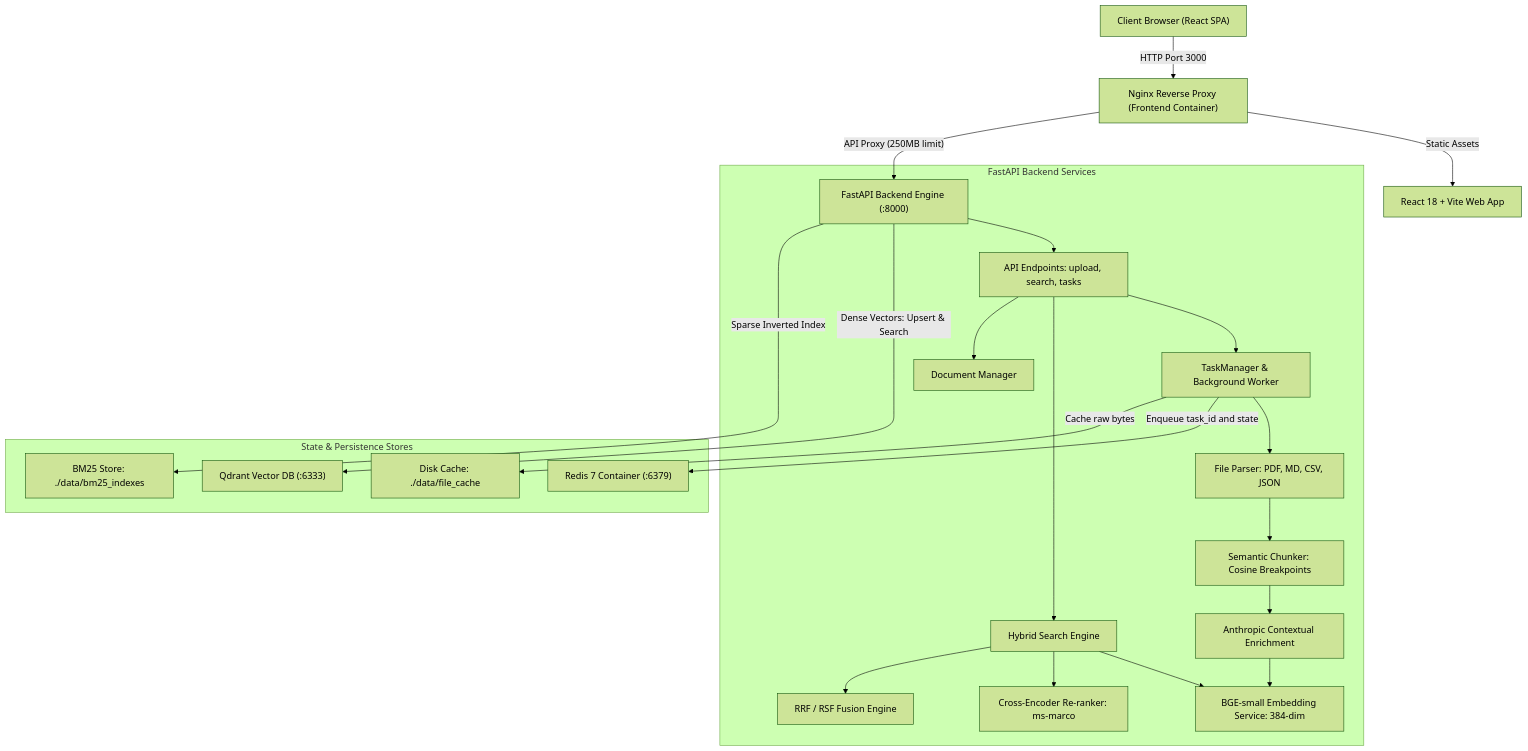
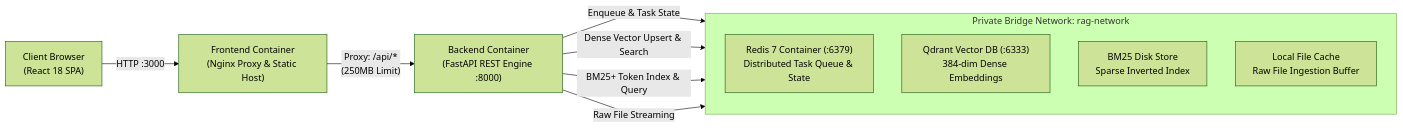
Before and after one commit to sprproductivity-png/RAG: the first of 7 diagrams in walkthrough.md, drawn with Mermaid (forest theme). The commit also changed other lines of this file, not shown here.

````diff
--- a/walkthrough.md
+++ b/walkthrough.md
@@ -51,30 +51,19 @@
 ```mermaid
-flowchart TD
-    Client["Client Browser (React SPA)"] -->|"HTTP Port 3000"| Nginx["Nginx Reverse Proxy (Frontend Container)"]
-    Nginx -->|"Static Assets"| ReactUI["React 18 + Vite Web App"]
-    Nginx -->|"API Proxy (250MB limit)"| FastAPI["FastAPI Backend Engine (:8000)"]
+%%{init: {'flowchart': {'curve': 'linear'}}}%%
+flowchart LR
+    Client["Client Browser<br/>(React 18 SPA)"] -->|"HTTP :3000"| Nginx["Frontend Container<br/>(Nginx Proxy & Static Host)"]
+    Nginx -->|"Proxy: /api/*<br/>(250MB Limit)"| FastAPI["Backend Container<br/>(FastAPI REST Engine :8000)"]
 
-    subgraph Backend_Services ["FastAPI Backend Services"]
-        FastAPI --> Endpoints["API Endpoints: upload, search, tasks"]
-        Endpoints --> TaskMgr["TaskManager & Background Worker"]
-        Endpoints --> HybridEngine["Hybrid Search Engine"]
-        Endpoints --> DocMgr["Document Manager"]
-        
-        TaskMgr --> Parser["File Parser: PDF, MD, CSV, JSON"]
-        Parser --> Chunker["Semantic Chunker: Cosine Breakpoints"]
-        Chunker --> Contextual["Anthropic Contextual Enrichment"]
-        Contextual --> Embedder["BGE-small Embedding Service: 384-dim"]
-        
-        HybridEngine --> Embedder
-        HybridEngine --> CrossEncoder["Cross-Encoder Re-ranker: ms-marco"]
-        HybridEngine --> Fusion["RRF / RSF Fusion Engine"]
+    subgraph Storage ["Private Bridge Network: rag-network"]
+        direction TB
+        Redis["Redis 7 Container (:6379)<br/>Distributed Task Queue & State"]
+        Qdrant["Qdrant Vector DB (:6333)<br/>384-dim Dense Embeddings"]
+        BM25["BM25 Disk Store<br/>Sparse Inverted Index"]
+        FileCache["Local File Cache<br/>Raw File Ingestion Buffer"]
     end
 
-    subgraph State_Storage ["State & Persistence Stores"]
-        TaskMgr -->|"Enqueue task_id and state"| Redis["Redis 7 Container (:6379)"]
-        TaskMgr -->|"Cache raw bytes"| FileCache["Disk Cache: ./data/file_cache"]
-        
-        FastAPI -->|"Dense Vectors: Upsert & Search"| Qdrant["Qdrant Vector DB (:6333)"]
-        FastAPI -->|"Sparse Inverted Index"| BM25Store["BM25 Store: ./data/bm25_indexes"]
-    end
+    FastAPI -->|"Enqueue & Task State"| Redis
+    FastAPI -->|"Dense Vector Upsert & Search"| Qdrant
+    FastAPI -->|"BM25+ Token Index & Query"| BM25
+    FastAPI -->|"Raw File Streaming"| FileCache
 ```
````
